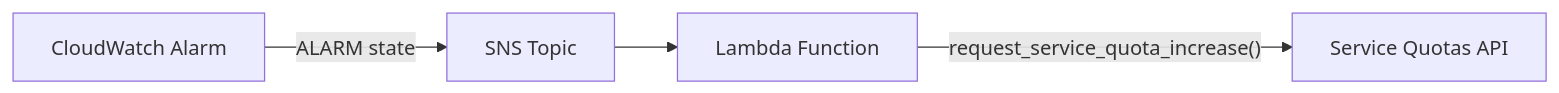
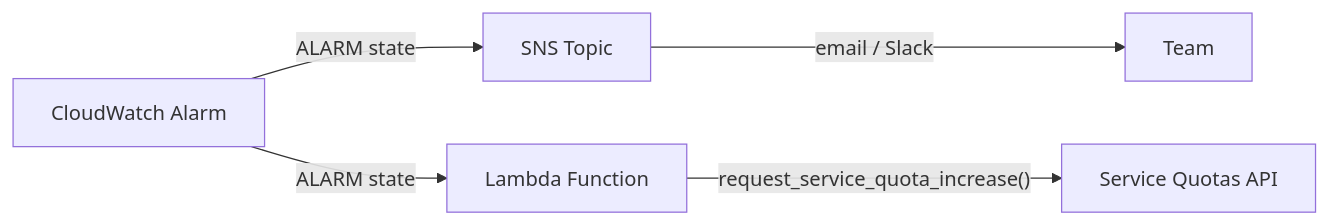
The diagram in lambda-concurrency-monitoring/README.md (jonathanbcsouza/my_articles), drawn with Mermaid before and after one commit. The commit also changed other lines of this file and 1 other file, not shown here.

First line of the commit message:
refactor: use direct alarm Lambda action with idempotency check

````diff
--- a/lambda-concurrency-monitoring/README.md
+++ b/lambda-concurrency-monitoring/README.md
@@ -209,6 +212,7 @@
 ```mermaid
 flowchart LR
     CWAlarm["CloudWatch Alarm"] -->|"ALARM state"| SNS["SNS Topic"]
-    SNS --> Lambda["Lambda Function"]
+    CWAlarm -->|"ALARM state"| Lambda["Lambda Function"]
+    SNS -->|"email / Slack"| Team["Team"]
     Lambda -->|"request_service_quota_increase()"| SQ["Service Quotas API"]
 ```
````
